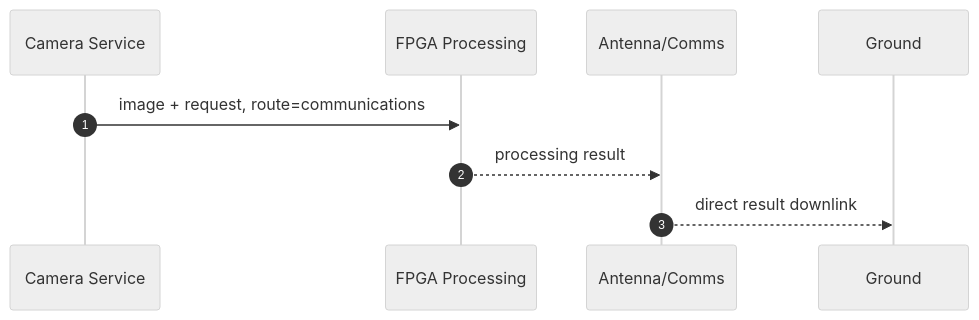
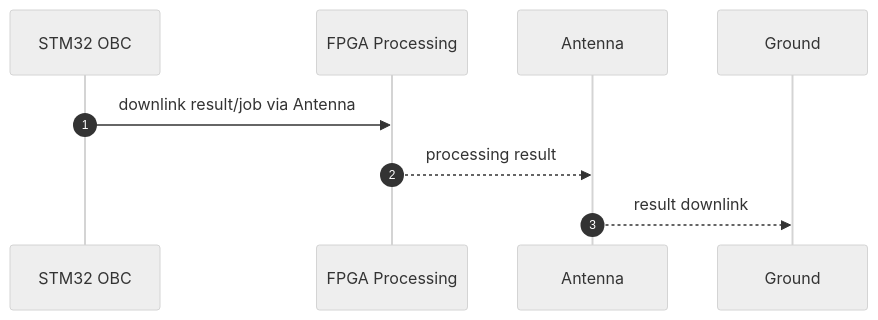
One commit to ExoSpaceLabs/exn changed the fifth of 12 diagrams in docs/diagrams.md. Above: the diagram before and after it, drawn with Mermaid (neutral theme). The commit also changed other lines of this file and 49 other files, not shown here.

````diff
--- a/docs/diagrams.md
+++ b/docs/diagrams.md
@@ -109,12 +122,12 @@
 ```mermaid
 sequenceDiagram
   autonumber
-  participant CAM as Camera Service
+  participant MCU as STM32 OBC
   participant FPGA as FPGA Processing
-  participant ANT as Antenna/Comms
+  participant ANT as Antenna
   participant GS as Ground
 
-  CAM->>FPGA: image + request, route=communications
+  MCU->>FPGA: downlink result/job via Antenna
   FPGA-->>ANT: processing result
-  ANT-->>GS: direct result downlink
+  ANT-->>GS: result downlink
 ```
````
